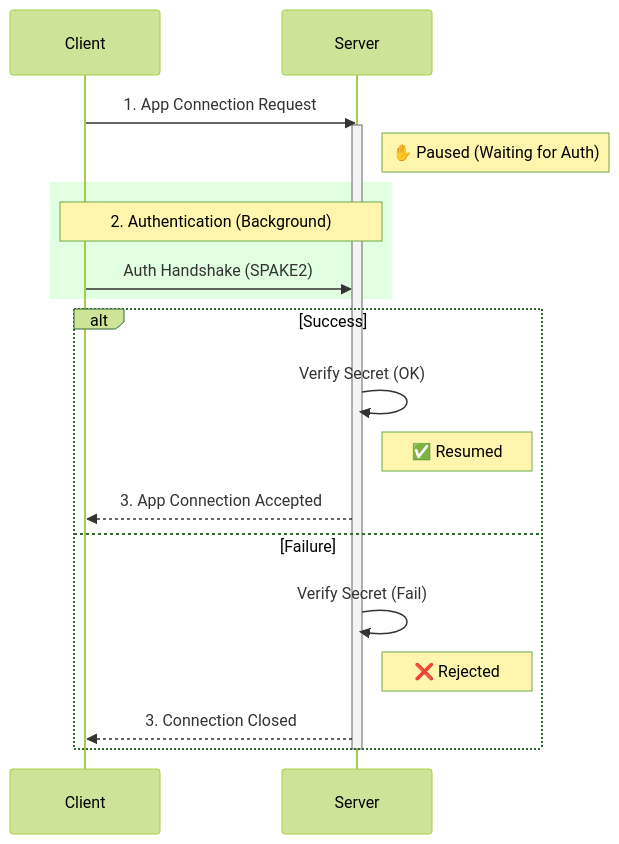
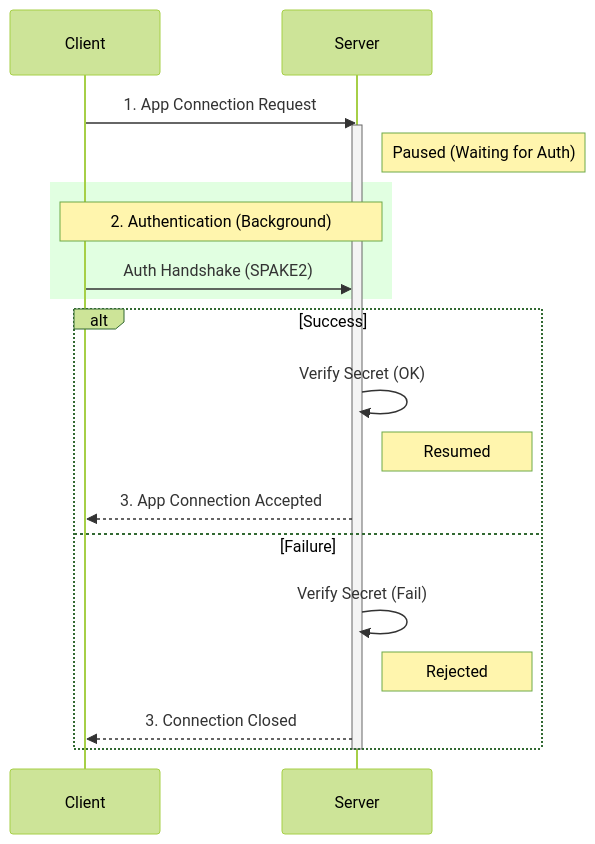
The diagram in README.md (rustonbsd/iroh-auth), drawn with Mermaid (forest theme) before and after one commit. The commit also changed 1 other file, not shown here.

Commit message:
add: connection timeout

````diff
--- a/README.md
+++ b/README.md
@@ -74,25 +74,25 @@
 ```mermaid
 sequenceDiagram
     participant Client
     participant Server
 
     Client->>Server: 1. App Connection Request
     activate Server
-    Note right of Server: ✋ Paused (Waiting for Auth)
+    Note right of Server: Paused (Waiting for Auth)
 
     rect rgb(225, 255, 225)
         Note over Client, Server: 2. Authentication (Background)
         Client->>Server: Auth Handshake (SPAKE2)
     end
 
     alt Success
         Server->>Server: Verify Secret (OK)
-        Note right of Server: ✅ Resumed
+        Note right of Server: Resumed
         Server-->>Client: 3. App Connection Accepted
     else Failure
         Server->>Server: Verify Secret (Fail)
-        Note right of Server: ❌ Rejected
+        Note right of Server: Rejected
         Server-->>Client: 3. Connection Closed
     end
     deactivate Server
 ```
````
